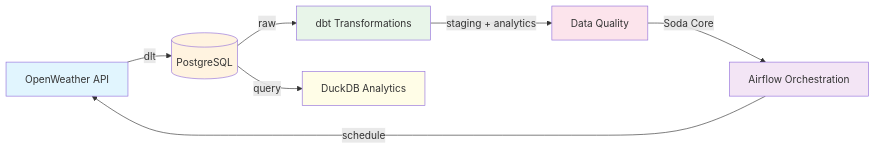
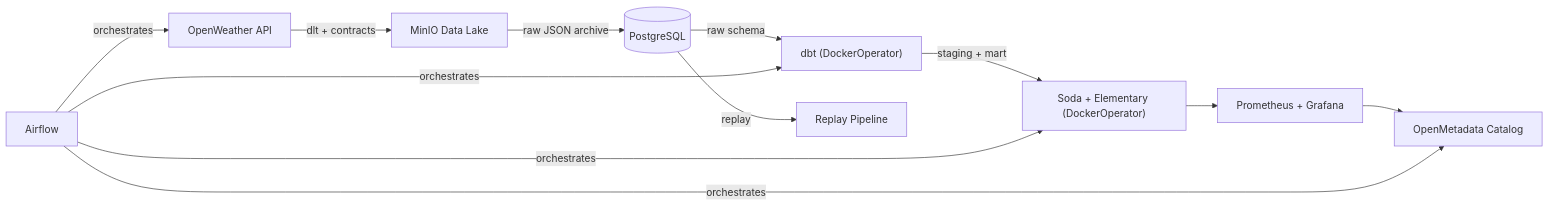
Before and after one commit to Adrien-Crapart/data-engineering-pipeline: the diagram in README.md, drawn with Mermaid. The commit also changed other lines of this file and 3 other files, not shown here.

First line of the commit message:
docs(project): update README, architecture, and pipeline documentation

````diff
--- a/README.md
+++ b/README.md
@@ -21,16 +23,14 @@
 ```mermaid
 graph LR
-    A[OpenWeather API] -->|dlt| B[(PostgreSQL)]
-    B -->|raw| C[dbt Transformations]
-    C -->|staging + analytics| D[Data Quality]
-    D -->|Soda Core| E[Airflow Orchestration]
-    E -->|schedule| A
-    B -->|query| F[DuckDB Analytics]
-
-    style A fill:#e1f5fe
-    style B fill:#fff3e0
-    style C fill:#e8f5e9
-    style D fill:#fce4ec
-    style E fill:#f3e5f5
-    style F fill:#fffde7
+    A[OpenWeather API] -->|dlt + contracts| B[MinIO Data Lake]
+    B -->|raw JSON archive| C[(PostgreSQL)]
+    C -->|raw schema| D["dbt (DockerOperator)"]
+    D -->|staging + mart| E["Soda + Elementary (DockerOperator)"]
+    E --> F[Prometheus + Grafana]
+    F --> G[OpenMetadata Catalog]
+    H[Airflow] -->|orchestrates| A
+    H -->|orchestrates| D
+    H -->|orchestrates| E
+    H -->|orchestrates| G
+    C -->|replay| I[Replay Pipeline]
 ```
````
